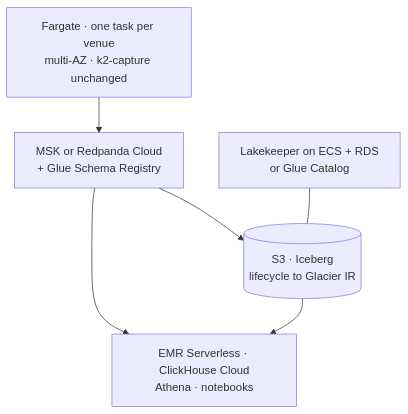
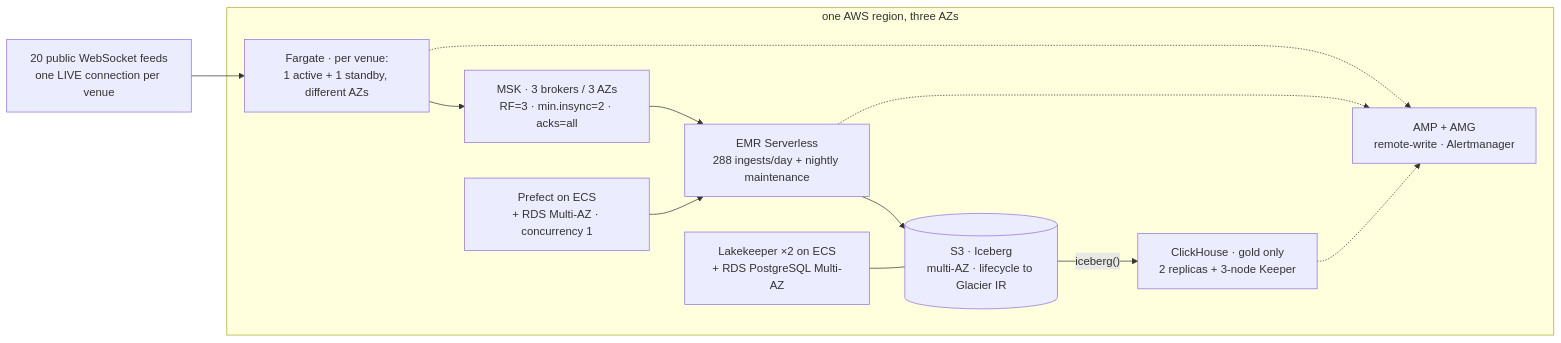
One commit to rjdscott/k2-market-data-platform changed the diagram in docs/architecture/17-scale-out-path.md. Above: the diagram before and after it, drawn with Mermaid. The commit also changed other lines of this file and 5 other files, not shown here.

First line of the commit message:
docs(architecture): chapter 17 — HA, DR and cost on AWS (#126)

````diff
--- a/docs/architecture/17-scale-out-path.md
+++ b/docs/architecture/17-scale-out-path.md
@@ -26,12 +258,21 @@
 ```mermaid
-flowchart TB
-  CAP["Fargate · one task per venue<br/>multi-AZ · k2-capture unchanged"]
-  BUS["MSK or Redpanda Cloud<br/>+ Glue Schema Registry"]
-  LAKE[("S3 · Iceberg<br/>lifecycle to Glacier IR")]
-  CAT["Lakekeeper on ECS + RDS<br/>or Glue Catalog"]
-  Q["EMR Serverless · ClickHouse Cloud<br/>Athena · notebooks"]
-  CAP --> BUS --> Q
-  BUS --> LAKE
-  CAT --- LAKE
-  LAKE --> Q
+flowchart LR
+  V["20 public WebSocket feeds<br/>one LIVE connection per venue"]
+  subgraph R["one AWS region, three AZs"]
+    CAP["Fargate · per venue:<br/>1 active + 1 standby, different AZs"]
+    BUS["MSK · 3 brokers / 3 AZs<br/>RF=3 · min.insync=2 · acks=all"]
+    ORC["Prefect on ECS<br/>+ RDS Multi-AZ · concurrency 1"]
+    ING["EMR Serverless<br/>288 ingests/day + nightly maintenance"]
+    CAT["Lakekeeper ×2 on ECS<br/>+ RDS PostgreSQL Multi-AZ"]
+    S3[("S3 · Iceberg<br/>multi-AZ · lifecycle to Glacier IR")]
+    CH["ClickHouse · gold only<br/>2 replicas + 3-node Keeper"]
+    OBS["AMP + AMG<br/>remote-write · Alertmanager"]
+  end
+  V --> CAP --> BUS --> ING --> S3
+  ORC --> ING
+  CAT --- S3
+  S3 -->|"iceberg()"| CH
+  CAP -.-> OBS
+  ING -.-> OBS
+  CH -.-> OBS
 ```
````
